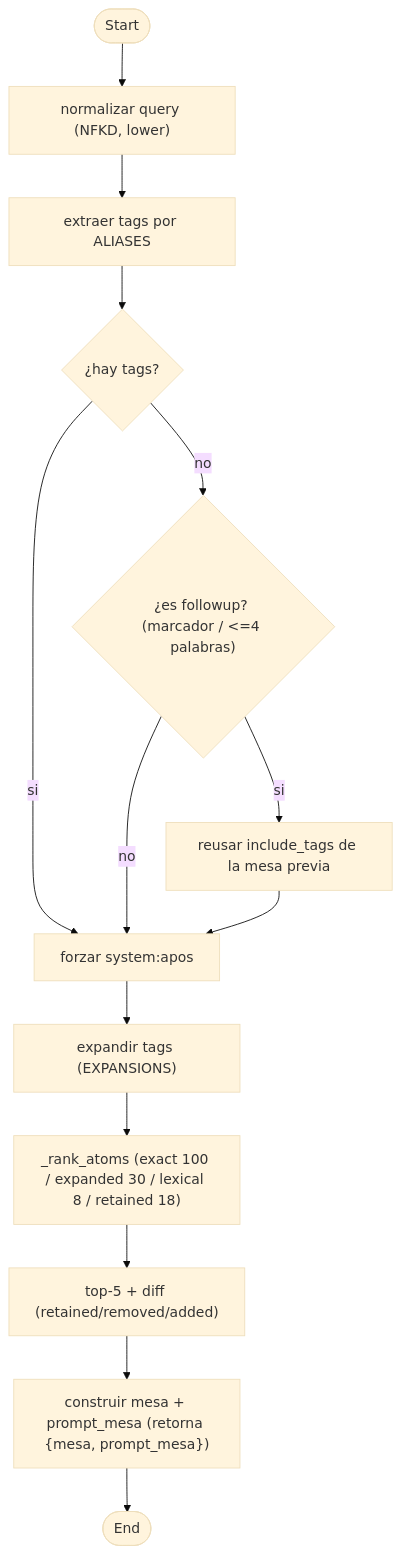
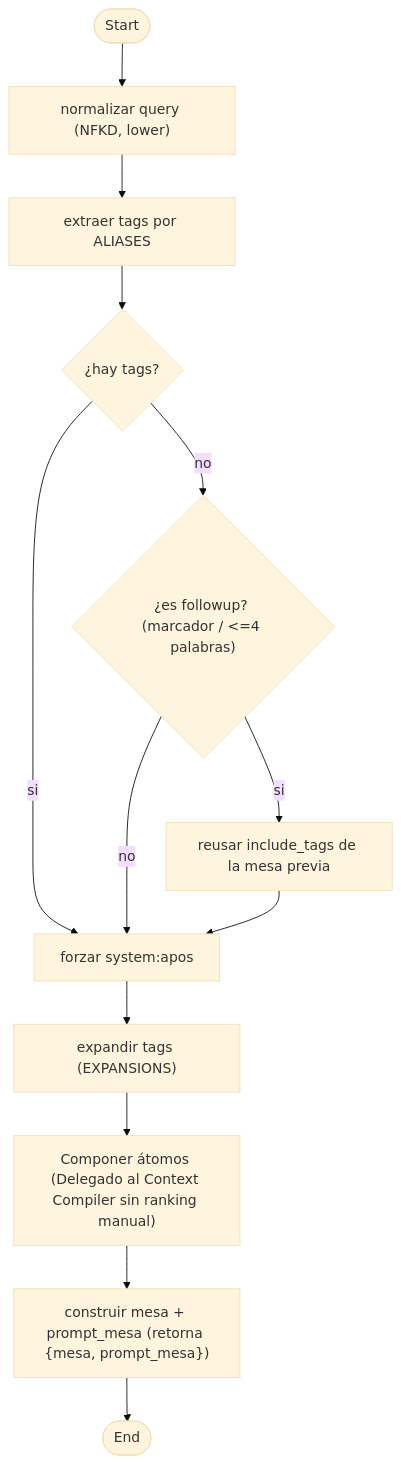
The diagram in desk/spec2viz/build/activity.mesa-compile.mmd (jpcosec/conversational-agent-arch), drawn with Mermaid (base theme) before and after one commit. The commit also changed 7 other files, not shown here.

Commit message:
refactor: apply exported architectural feedback

```diff
--- a/desk/spec2viz/build/activity.mesa-compile.mmd
+++ b/desk/spec2viz/build/activity.mesa-compile.mmd
@@ -1,26 +1,24 @@
 flowchart TD
     __start([Start])
     normalize["normalizar query (NFKD, lower)"]
     extract_tags["extraer tags por ALIASES"]
     has_tags{"¿hay tags?"}
     is_followup{"¿es followup? (marcador / #lt;=4 palabras)"}
     reuse_prev_tags["reusar include_tags de la mesa previa"]
     ensure_apos["forzar system:apos"]
     expand["expandir tags (EXPANSIONS)"]
-    rank["_rank_atoms (exact 100 / expanded 30 / lexical 8 / retained 18)"]
-    select["top-5 + diff (retained/removed/added)"]
+    comp_sldb["Componer átomos (Delegado al Context Compiler sin ranking manual)"]
     build_prompt_mesa["construir mesa + prompt_mesa (retorna {mesa, prompt_mesa})"]
     __end([End])
     __start --> normalize
     normalize --> extract_tags
     extract_tags --> has_tags
     has_tags -->|"no"| is_followup
     has_tags -->|"si"| ensure_apos
     is_followup -->|"si"| reuse_prev_tags
     is_followup -->|"no"| ensure_apos
     reuse_prev_tags --> ensure_apos
     ensure_apos --> expand
-    expand --> rank
-    rank --> select
-    select --> build_prompt_mesa
+    expand --> comp_sldb
+    comp_sldb --> build_prompt_mesa
     build_prompt_mesa --> __end
```
